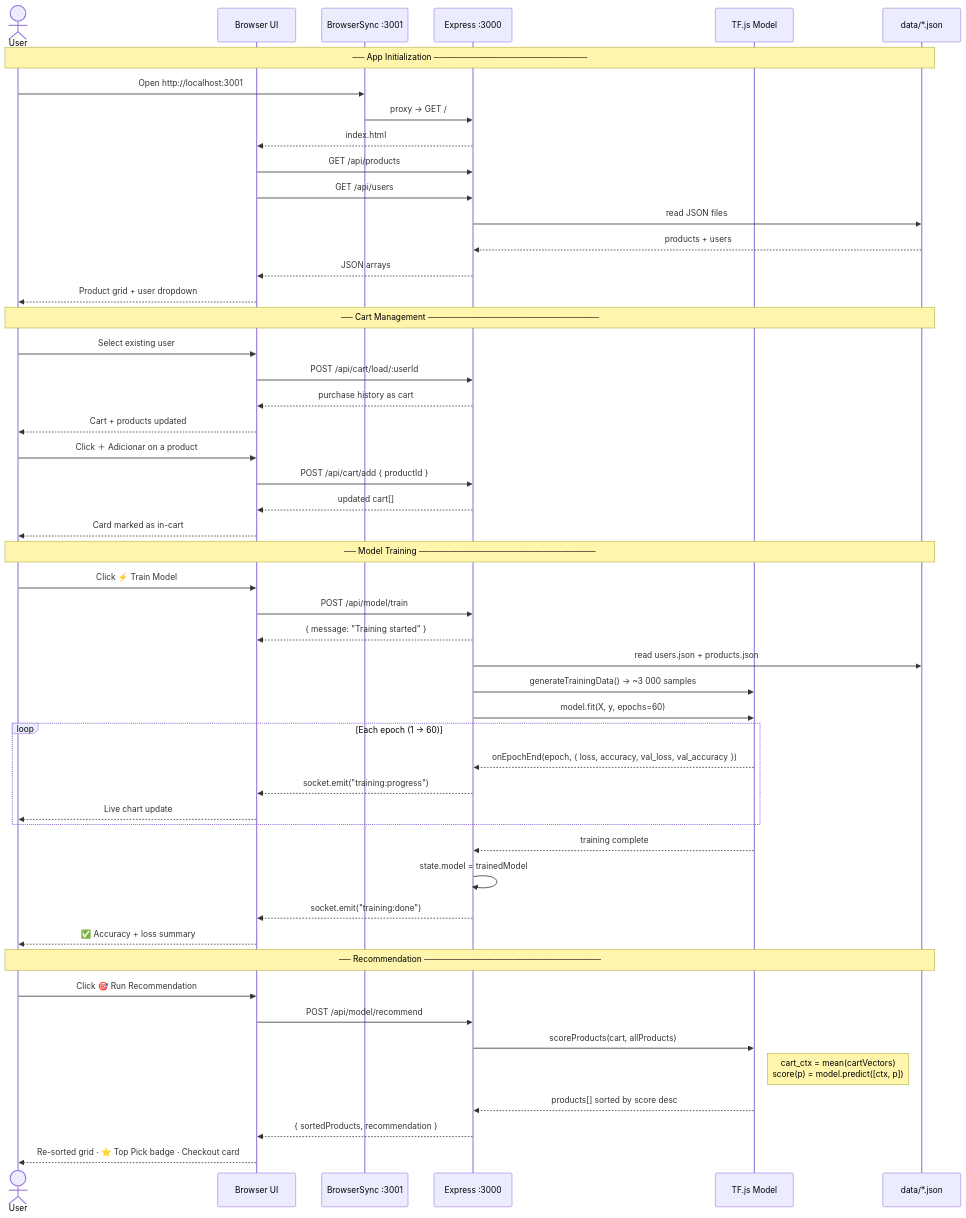
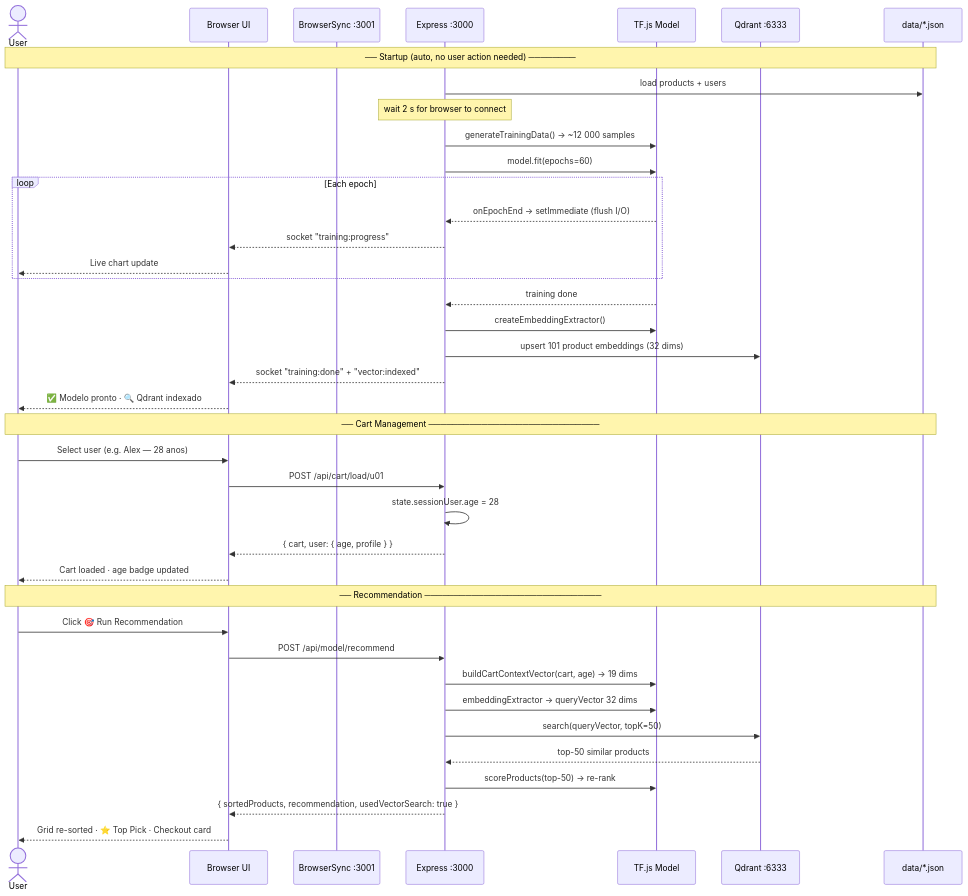
One commit to csaantana/RecomAI changed the second of 2 diagrams in README.md. Above: the diagram before and after it, drawn with Mermaid. The commit also changed other lines of this file, not shown here.

First line of the commit message:
docs: rewrite README to reflect current architecture

````diff
--- a/README.md
+++ b/README.md
@@ -163,60 +192,44 @@
 ```mermaid
 sequenceDiagram
     actor User
     participant UI  as Browser UI
     participant BS  as BrowserSync :3001
     participant API as Express :3000
     participant TF  as TF.js Model
+    participant QD  as Qdrant :6333
     participant DB  as data/*.json
 
-    Note over User,DB: ── App Initialization ──────────────────────────
-    User->>BS: Open http://localhost:3001
-    BS->>API: proxy → GET /
-    API-->>UI: index.html
-    UI->>API: GET /api/products
-    UI->>API: GET /api/users
-    API->>DB: read JSON files
-    DB-->>API: products + users
-    API-->>UI: JSON arrays
-    UI-->>User: Product grid + user dropdown
+    Note over User,DB: ── Startup (auto, no user action needed) ────────
+    API->>DB: load products + users
+    Note over API: wait 2 s for browser to connect
+    API->>TF: generateTrainingData() → ~12 000 samples
+    API->>TF: model.fit(epochs=60)
+    loop Each epoch
+        TF-->>API: onEpochEnd → setImmediate (flush I/O)
+        API-->>UI: socket "training:progress"
+        UI-->>User: Live chart update
+    end
+    TF-->>API: training done
+    API->>TF: createEmbeddingExtractor()
+    API->>QD: upsert 101 product embeddings (32 dims)
+    API-->>UI: socket "training:done" + "vector:indexed"
+    UI-->>User: ✅ Modelo pronto · 🔍 Qdrant indexado
 
     Note over User,DB: ── Cart Management ─────────────────────────────
-    User->>UI: Select existing user
-    UI->>API: POST /api/cart/load/:userId
-    API-->>UI: purchase history as cart
-    UI-->>User: Cart + products updated
-
-    User->>UI: Click ＋ Adicionar on a product
-    UI->>API: POST /api/cart/add { productId }
-    API-->>UI: updated cart[]
-    UI-->>User: Card marked as in-cart
-
-    Note over User,DB: ── Model Training ──────────────────────────────
-    User->>UI: Click ⚡ Train Model
-    UI->>API: POST /api/model/train
-    API-->>UI: { message: "Training started" }
-
-    API->>DB: read users.json + products.json
-    API->>TF: generateTrainingData() → ~3 000 samples
-    API->>TF: model.fit(X, y, epochs=60)
-
-    loop Each epoch  (1 → 60)
-        TF-->>API: onEpochEnd(epoch, { loss, accuracy, val_loss, val_accuracy })
-        API-->>UI: socket.emit("training:progress")
-        UI-->>User: Live chart update
-    end
-
-    TF-->>API: training complete
-    API->>API: state.model = trainedModel
-    API-->>UI: socket.emit("training:done")
-    UI-->>User: ✅ Accuracy + loss summary
+    User->>UI: Select user (e.g. Alex — 28 anos)
+    UI->>API: POST /api/cart/load/u01
+    API->>API: state.sessionUser.age = 28
+    API-->>UI: { cart, user: { age, profile } }
+    UI-->>User: Cart loaded · age badge updated
 
     Note over User,DB: ── Recommendation ──────────────────────────────
     User->>UI: Click 🎯 Run Recommendation
     UI->>API: POST /api/model/recommend
-    API->>TF: scoreProducts(cart, allProducts)
-    Note right of TF: cart_ctx = mean(cartVectors)<br/>score(p) = model.predict([ctx, p])
-    TF-->>API: products[] sorted by score desc
-    API-->>UI: { sortedProducts, recommendation }
-    UI-->>User: Re-sorted grid · ⭐ Top Pick badge · Checkout card
+    API->>TF: buildCartContextVector(cart, age) → 19 dims
+    API->>TF: embeddingExtractor → queryVector 32 dims
+    API->>QD: search(queryVector, topK=50)
+    QD-->>API: top-50 similar products
+    API->>TF: scoreProducts(top-50) → re-rank
+    API-->>UI: { sortedProducts, recommendation, usedVectorSearch: true }
+    UI-->>User: Grid re-sorted · ⭐ Top Pick · Checkout card
 ```
````
